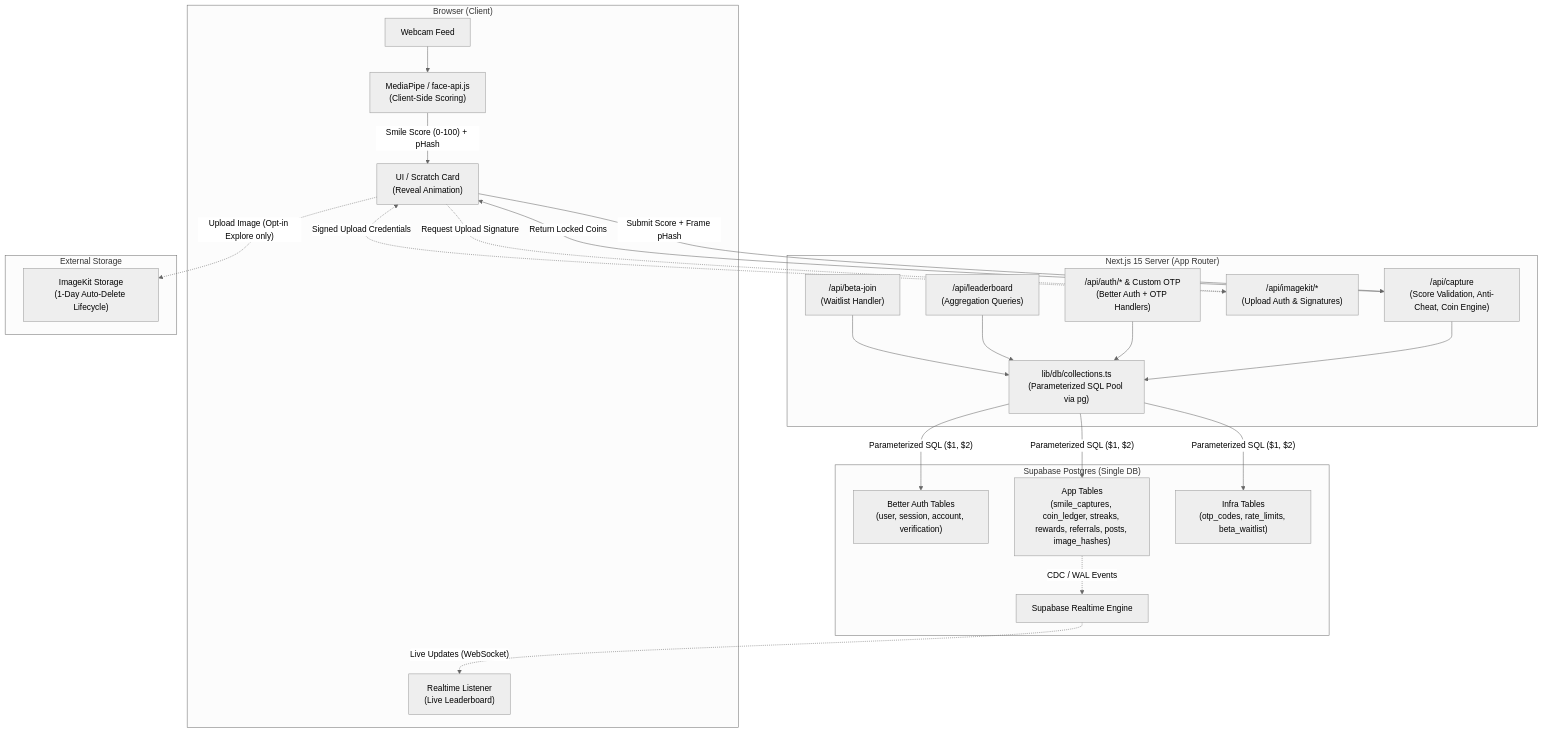
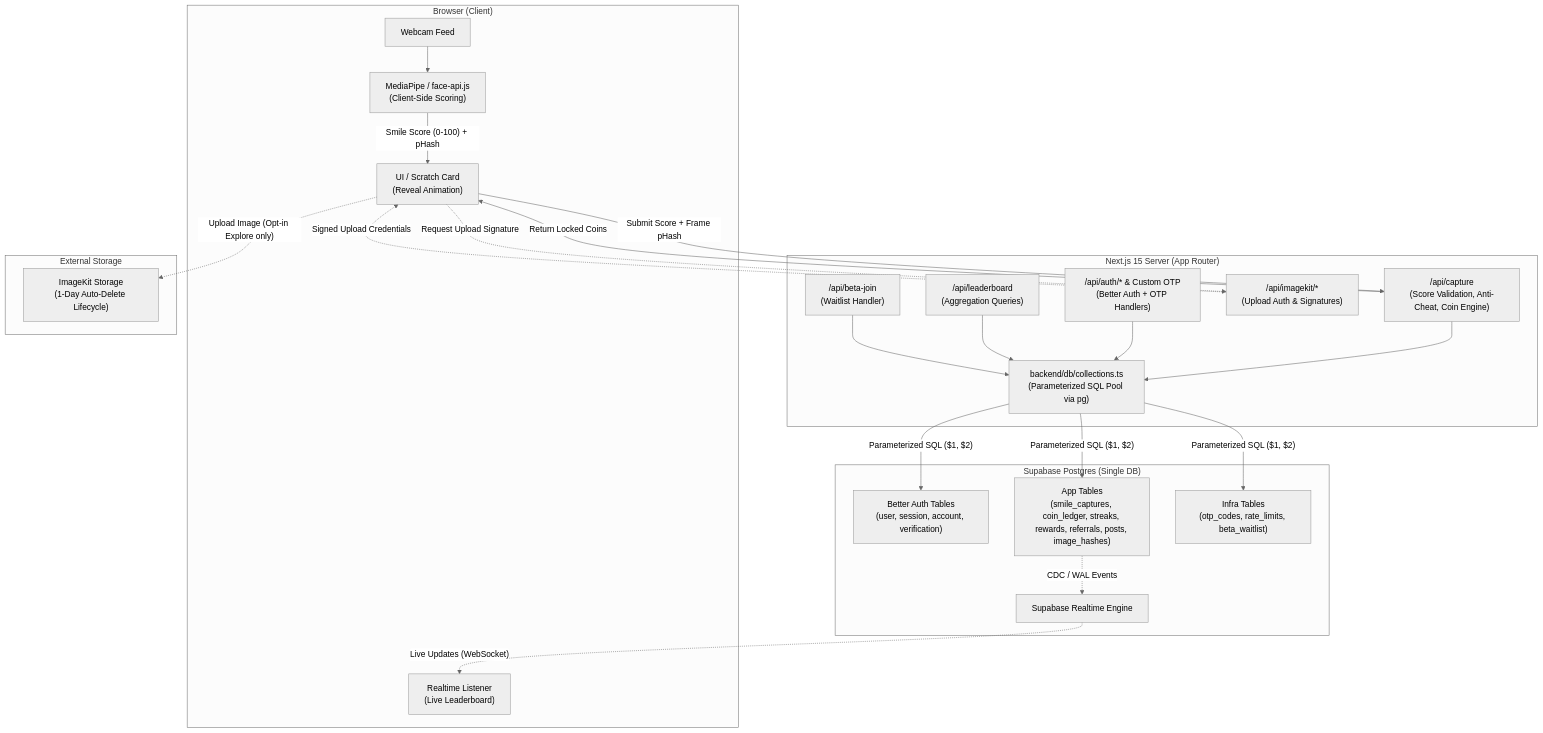
Before and after one commit to ronisarkar-official/open-smile: the first of 3 diagrams in architecture.md, drawn with Mermaid (neutral theme). The commit also changed other lines of this file and 48 other files, not shown here.

Commit message:
feat: implement full authentication system with BetterAuth, email service, rate limiting, and beta waitlist flow

````diff
--- a/architecture.md
+++ b/architecture.md
@@ -9,49 +9,49 @@
 ```mermaid
 flowchart TB
     subgraph Client["Browser (Client)"]
         Webcam["Webcam Feed"]
         FaceAI["MediaPipe / face-api.js<br/>(Client-Side Scoring)"]
         UI["UI / Scratch Card<br/>(Reveal Animation)"]
         RealtimeSub["Realtime Listener<br/>(Live Leaderboard)"]
         
         Webcam --> FaceAI
         FaceAI -->|"Smile Score (0-100) + pHash"| UI
     end
 
     subgraph Server["Next.js 15 Server (App Router)"]
         AuthRoutes["/api/auth/* & Custom OTP<br/>(Better Auth + OTP Handlers)"]
         CaptureRoute["/api/capture<br/>(Score Validation, Anti-Cheat, Coin Engine)"]
         LeaderboardRoute["/api/leaderboard<br/>(Aggregation Queries)"]
         ImageKitAuth["/api/imagekit/*<br/>(Upload Auth & Signatures)"]
         BetaRoute["/api/beta-join<br/>(Waitlist Handler)"]
-        DBPool["lib/db/collections.ts<br/>(Parameterized SQL Pool via pg)"]
+        DBPool["backend/db/collections.ts<br/>(Parameterized SQL Pool via pg)"]
         
         CaptureRoute --> DBPool
         AuthRoutes --> DBPool
         LeaderboardRoute --> DBPool
         BetaRoute --> DBPool
     end
 
     subgraph Database["Supabase Postgres (Single DB)"]
         AuthTables["Better Auth Tables<br/>(user, session, account, verification)"]
         AppTables["App Tables<br/>(smile_captures, coin_ledger, streaks, rewards, referrals, posts, image_hashes)"]
         InfraTables["Infra Tables<br/>(otp_codes, rate_limits, beta_waitlist)"]
         RealtimeEngine["Supabase Realtime Engine"]
         
         DBPool -->|"Parameterized SQL ($1, $2)"| AuthTables
         DBPool -->|"Parameterized SQL ($1, $2)"| AppTables
         DBPool -->|"Parameterized SQL ($1, $2)"| InfraTables
         AppTables -.->|"CDC / WAL Events"| RealtimeEngine
     end
 
     subgraph Storage["External Storage"]
         ImageKit["ImageKit Storage<br/>(1-Day Auto-Delete Lifecycle)"]
     end
 
     UI -->|"Submit Score + Frame pHash"| CaptureRoute
     CaptureRoute -->|"Return Locked Coins"| UI
     UI -.->|"Request Upload Signature"| ImageKitAuth
     ImageKitAuth -.->|"Signed Upload Credentials"| UI
     UI -.->|"Upload Image (Opt-in Explore only)"| ImageKit
     RealtimeEngine -.->|"Live Updates (WebSocket)"| RealtimeSub
 ```
````
